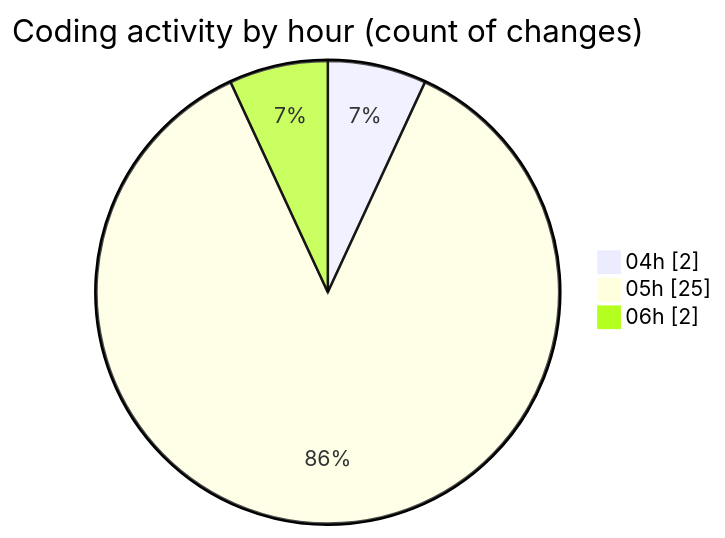
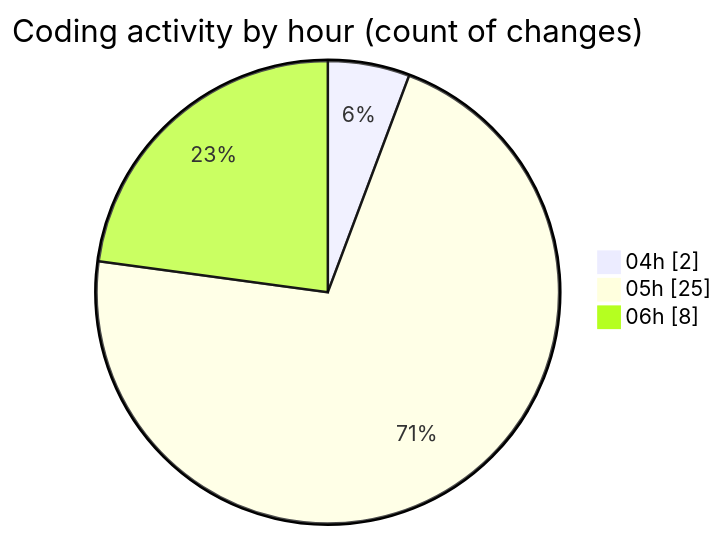
Before and after one commit to 3Nya3/code-tracking: the second of 2 diagrams in 2024-12-31/nyah/README.md, drawn with Mermaid. The commit also changed other lines of this file and 1 other file, not shown here.

````diff
--- a/2024-12-31/nyah/README.md
+++ b/2024-12-31/nyah/README.md
@@ -32,7 +32,7 @@
 ```mermaid
 pie showData
 title Coding activity by hour (count of changes)
 "04h" : 2
 "05h" : 25
-"06h" : 2
+"06h" : 8
 ```
````
